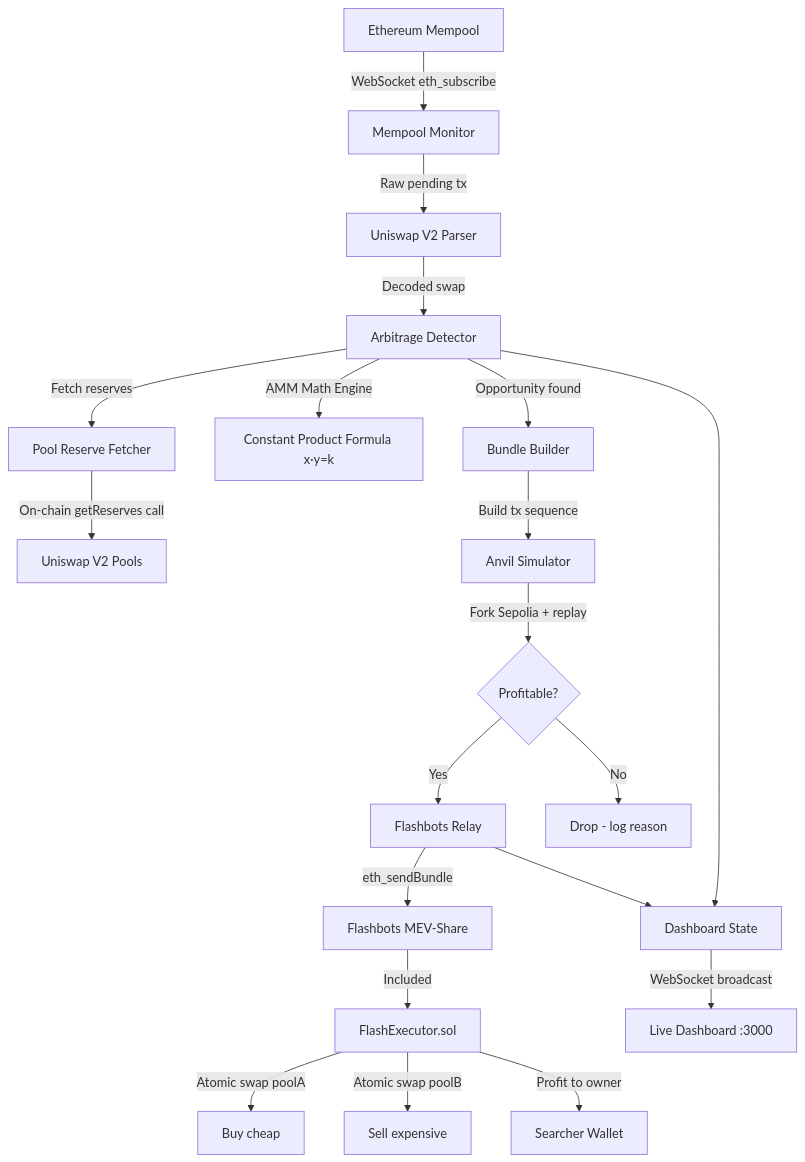
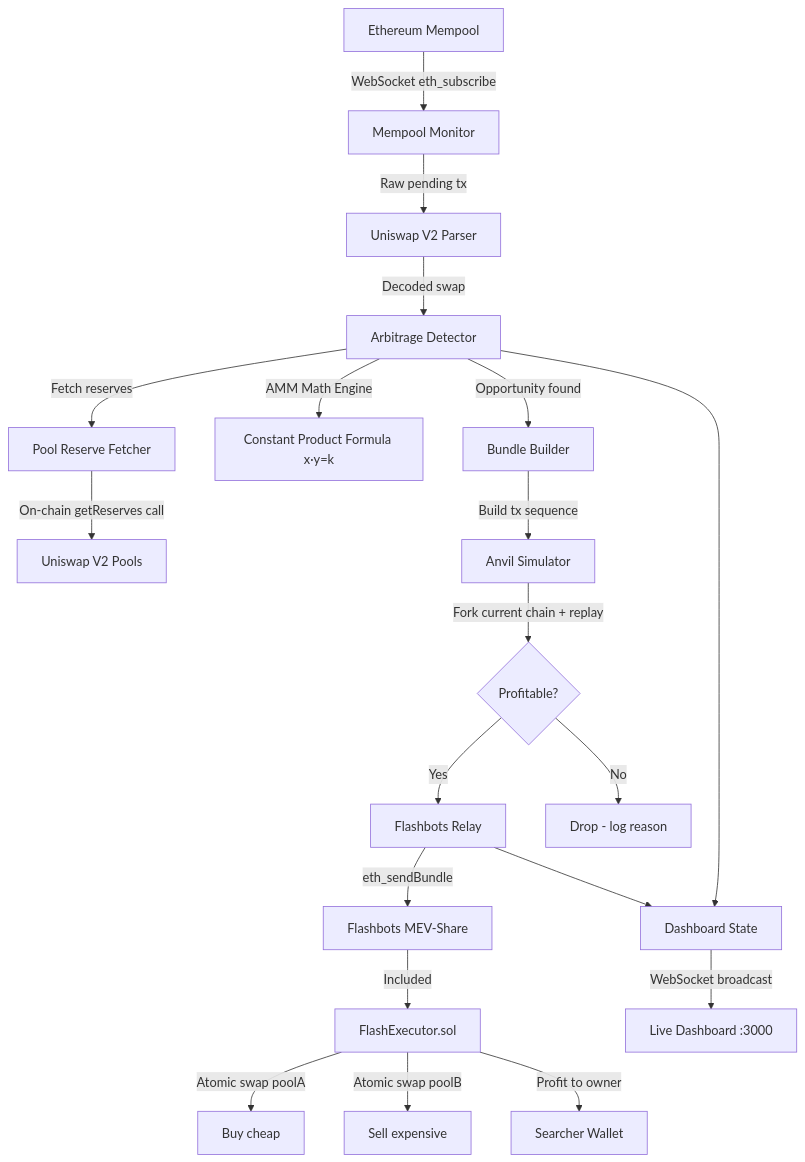
One commit to Abhinav-Malik-154/mev-bot changed the diagram in README.md. Above: the diagram before and after it, drawn with Mermaid. The commit also changed other lines of this file and 4 other files, not shown here.

Commit message:
docs: correct chain claims, split verified-on-mainnet from build roadmap

````diff
--- a/README.md
+++ b/README.md
@@ -40,22 +40,22 @@
 ```mermaid
 graph TD
     A[Ethereum Mempool] -->|WebSocket eth_subscribe| B[Mempool Monitor]
     B -->|Raw pending tx| C[Uniswap V2 Parser]
     C -->|Decoded swap| D[Arbitrage Detector]
     D -->|Fetch reserves| E[Pool Reserve Fetcher]
     E -->|On-chain getReserves call| F[Uniswap V2 Pools]
     D -->|AMM Math Engine| G[Constant Product Formula x·y=k]
     D -->|Opportunity found| H[Bundle Builder]
     H -->|Build tx sequence| I[Anvil Simulator]
-    I -->|Fork Sepolia + replay| J{Profitable?}
+    I -->|Fork current chain + replay| J{Profitable?}
     J -->|Yes| K[Flashbots Relay]
     J -->|No| L[Drop - log reason]
     K -->|eth_sendBundle| M[Flashbots MEV-Share]
     M -->|Included| N[FlashExecutor.sol]
     N -->|Atomic swap poolA| O[Buy cheap]
     N -->|Atomic swap poolB| P[Sell expensive]
     N -->|Profit to owner| Q[Searcher Wallet]
     D --> R[Dashboard State]
     K --> R
     R -->|WebSocket broadcast| S[Live Dashboard :3000]
 ```
````
